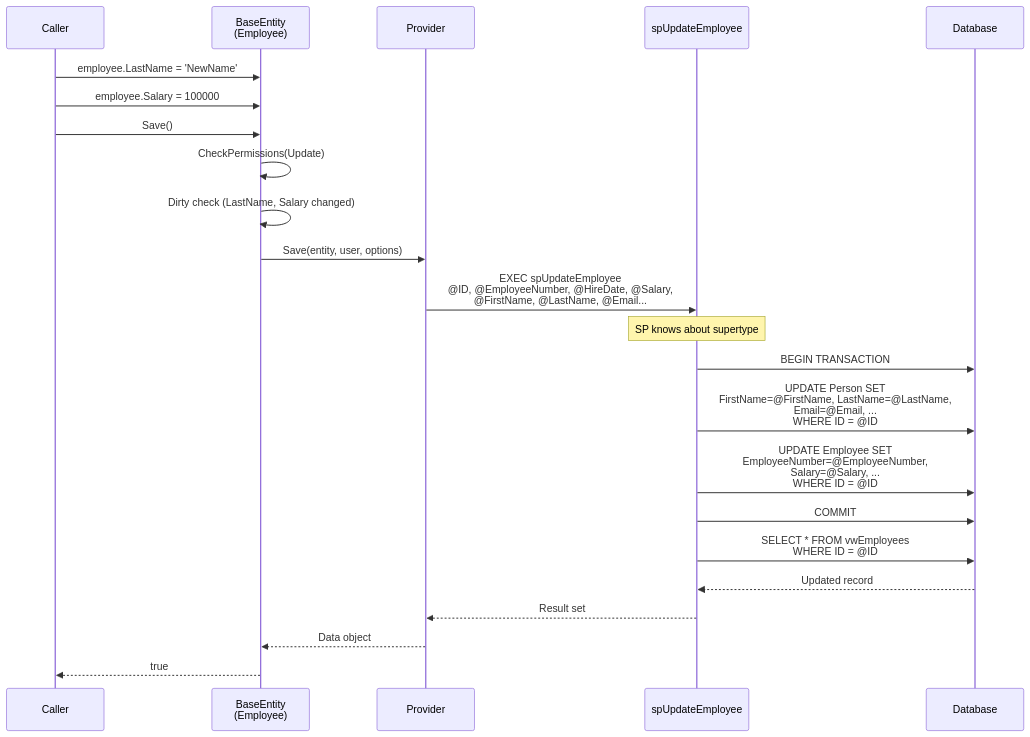
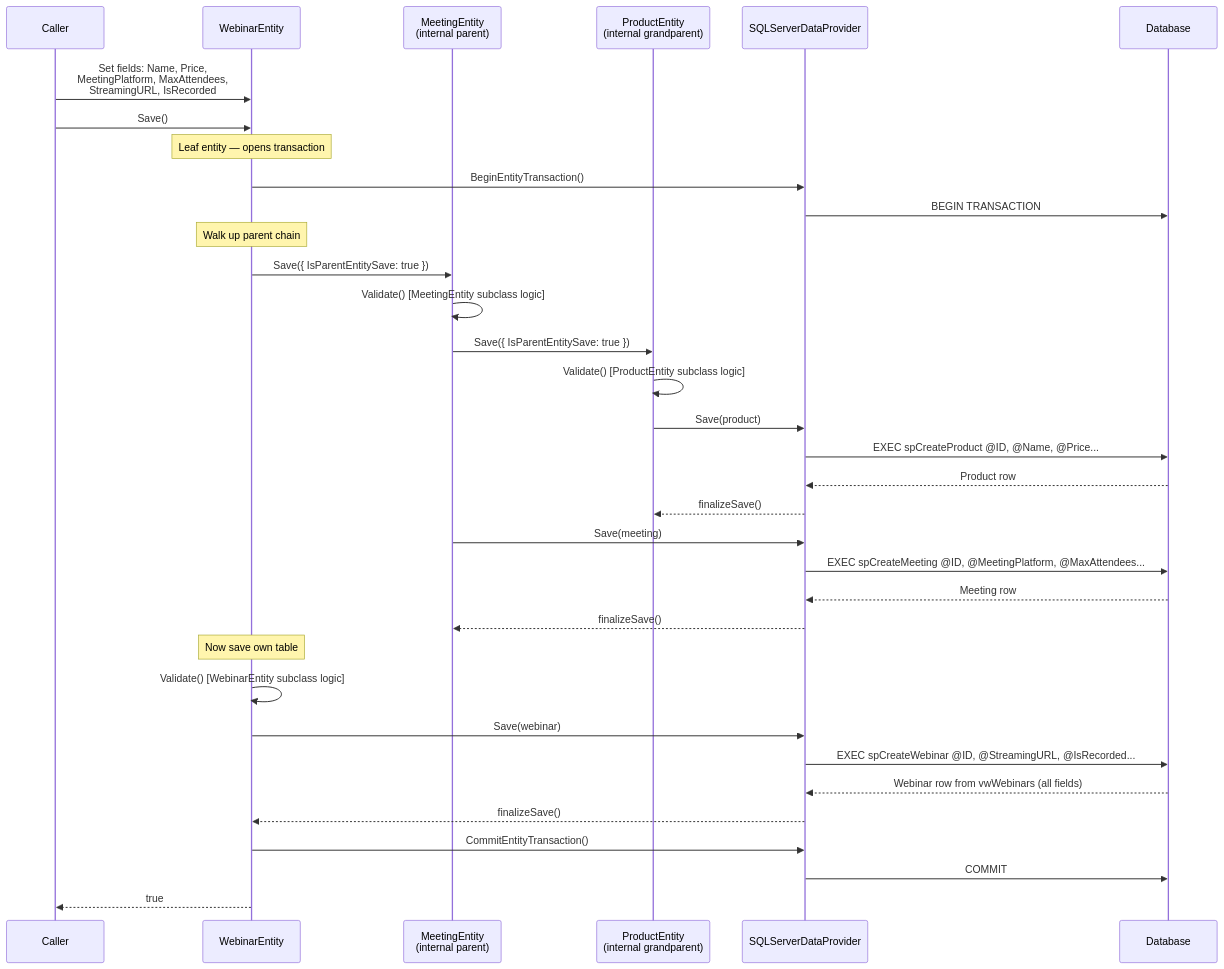
Before and after one commit to MemberJunction/MJ: the seventh of 10 diagrams in plans/entity-system-enhancements-virtual-and-supertype.md, drawn with Mermaid. The commit also changed other lines of this file, not shown here.

First line of the commit message:
Comprehensive revision: ORM composition, ParentID reuse, client/server orchestration

````diff
--- a/plans/entity-system-enhancements-virtual-and-supertype.md
+++ b/plans/entity-system-enhancements-virtual-and-supertype.md
@@ -511,31 +912,44 @@
 ```mermaid
 sequenceDiagram
     participant Caller
-    participant EmployeeEntity as BaseEntity<br/>(Employee)
-    participant Provider
-    participant spUpdate as spUpdateEmployee
+    participant Webinar as WebinarEntity
+    participant Meeting as MeetingEntity<br/>(internal parent)
+    participant Product as ProductEntity<br/>(internal grandparent)
+    participant Provider as SQLServerDataProvider
     participant DB as Database
 
-    Caller->>EmployeeEntity: employee.LastName = 'NewName'
-    Caller->>EmployeeEntity: employee.Salary = 100000
-    Caller->>EmployeeEntity: Save()
+    Caller->>Webinar: Set fields: Name, Price,<br/>MeetingPlatform, MaxAttendees,<br/>StreamingURL, IsRecorded
+    Caller->>Webinar: Save()
 
-    EmployeeEntity->>EmployeeEntity: CheckPermissions(Update)
-    EmployeeEntity->>EmployeeEntity: Dirty check (LastName, Salary changed)
-    EmployeeEntity->>Provider: Save(entity, user, options)
+    Note over Webinar: Leaf entity — opens transaction
+    Webinar->>Provider: BeginEntityTransaction()
+    Provider->>DB: BEGIN TRANSACTION
 
-    Provider->>spUpdate: EXEC spUpdateEmployee<br/>@ID, @EmployeeNumber, @HireDate, @Salary,<br/>@FirstName, @LastName, @Email...
+    Note over Webinar: Walk up parent chain
 
-    Note over spUpdate: SP knows about supertype
+    Webinar->>Meeting: Save({ IsParentEntitySave: true })
+    Meeting->>Meeting: Validate() [MeetingEntity subclass logic]
+    Meeting->>Product: Save({ IsParentEntitySave: true })
+    Product->>Product: Validate() [ProductEntity subclass logic]
+    Product->>Provider: Save(product)
+    Provider->>DB: EXEC spCreateProduct @ID, @Name, @Price...
+    DB-->>Provider: Product row
+    Provider-->>Product: finalizeSave()
 
-    spUpdate->>DB: BEGIN TRANSACTION
-    spUpdate->>DB: UPDATE Person SET<br/>FirstName=@FirstName, LastName=@LastName,<br/>Email=@Email, ...<br/>WHERE ID = @ID
-    spUpdate->>DB: UPDATE Employee SET<br/>EmployeeNumber=@EmployeeNumber,<br/>Salary=@Salary, ...<br/>WHERE ID = @ID
-    spUpdate->>DB: COMMIT
-    spUpdate->>DB: SELECT * FROM vwEmployees<br/>WHERE ID = @ID
+    Meeting->>Provider: Save(meeting)
+    Provider->>DB: EXEC spCreateMeeting @ID, @MeetingPlatform, @MaxAttendees...
+    DB-->>Provider: Meeting row
+    Provider-->>Meeting: finalizeSave()
 
-    DB-->>spUpdate: Updated record
-    spUpdate-->>Provider: Result set
-    Provider-->>EmployeeEntity: Data object
-    EmployeeEntity-->>Caller: true
+    Note over Webinar: Now save own table
+    Webinar->>Webinar: Validate() [WebinarEntity subclass logic]
+    Webinar->>Provider: Save(webinar)
+    Provider->>DB: EXEC spCreateWebinar @ID, @StreamingURL, @IsRecorded...
+    DB-->>Provider: Webinar row from vwWebinars (all fields)
+    Provider-->>Webinar: finalizeSave()
+
+    Webinar->>Provider: CommitEntityTransaction()
+    Provider->>DB: COMMIT
+
+    Webinar-->>Caller: true
 ```
````
